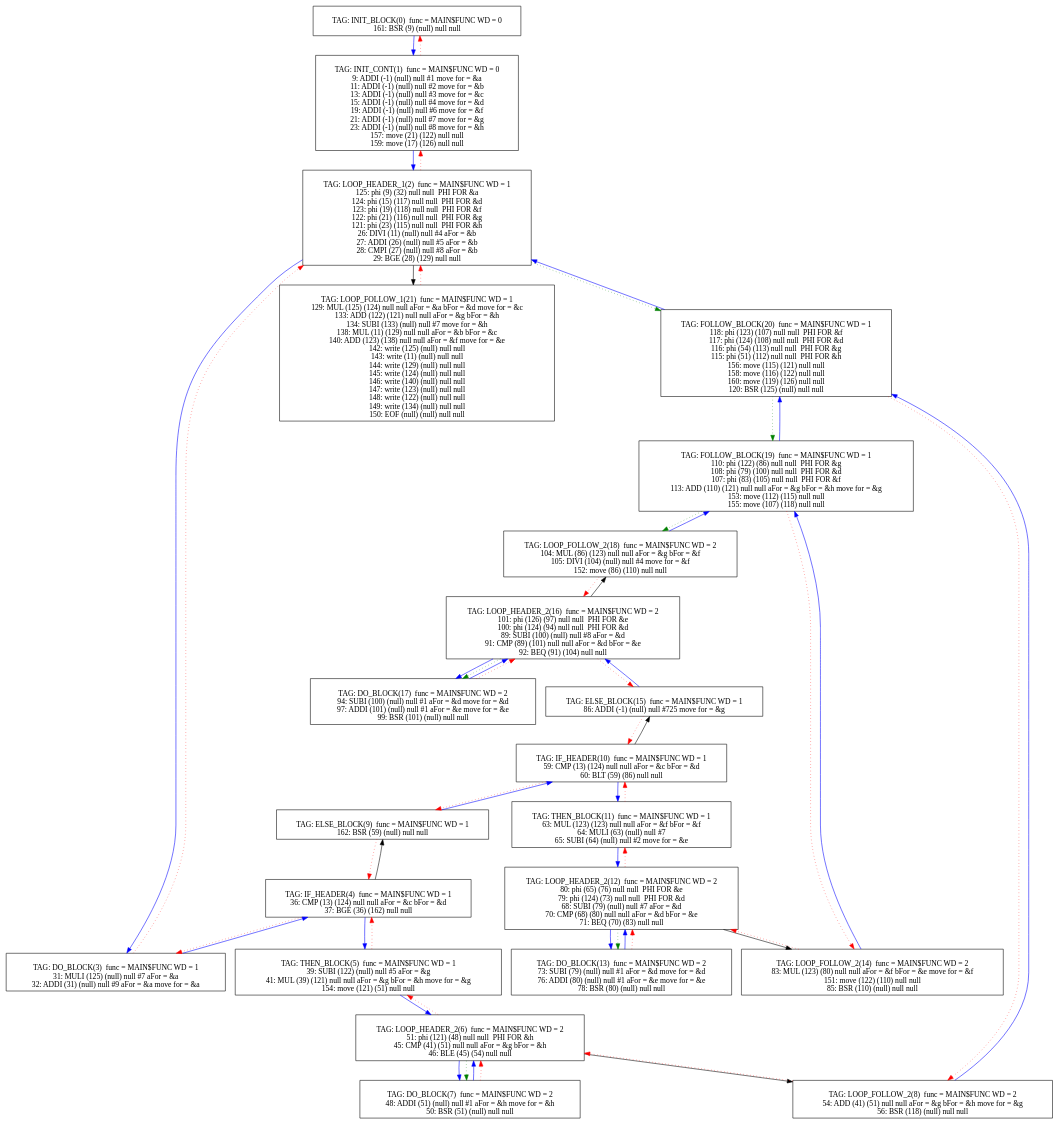
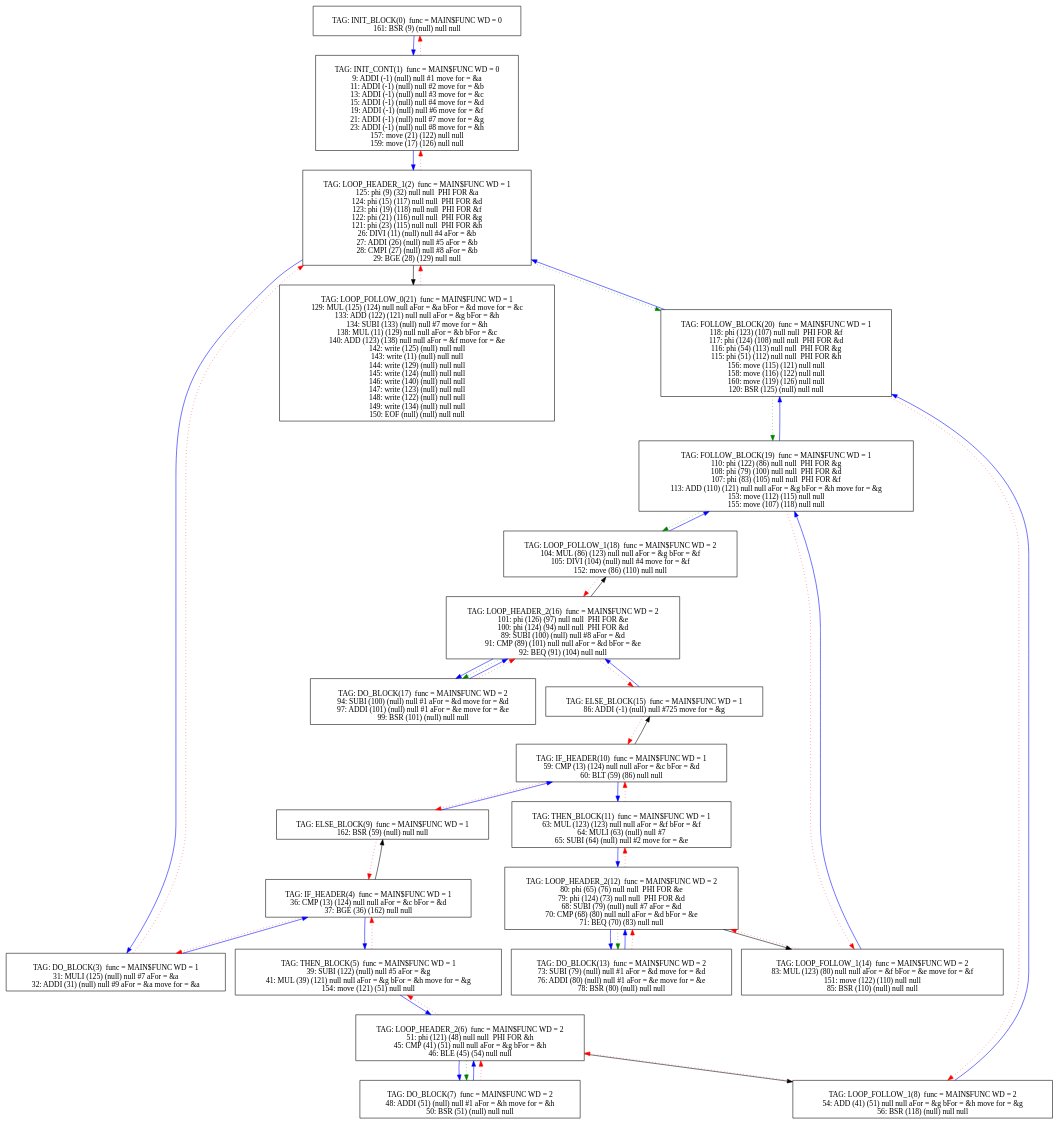
The diagram in Compiler/24graph.dot (mbajaj92/Project-Astoria), drawn with Graphviz before and after one commit. The commit also changed 85 other files, not shown here.

```diff
--- a/Compiler/24graph.dot
+++ b/Compiler/24graph.dot
@@ -83,7 +83,7 @@
 7 -> 6[color=blue]
 7 -> 6[color=red][style=dotted]
 8[label="
-TAG: LOOP_FOLLOW_2(8)  func = MAIN$FUNC WD = 2
+TAG: LOOP_FOLLOW_1(8)  func = MAIN$FUNC WD = 2
 54: ADD (41) (51) null null aFor = &g bFor = &h move for = &g
 56: BSR (118) (null) null null
 "];
@@ -138,7 +138,7 @@
 13 -> 12[color=blue]
 13 -> 12[color=red][style=dotted]
 14[label="
-TAG: LOOP_FOLLOW_2(14)  func = MAIN$FUNC WD = 2
+TAG: LOOP_FOLLOW_1(14)  func = MAIN$FUNC WD = 2
 83: MUL (123) (80) null null aFor = &f bFor = &e move for = &f
 151: move (122) (110) null null
 85: BSR (110) (null) null null
@@ -176,7 +176,7 @@
 17 -> 16[color=blue]
 17 -> 16[color=red][style=dotted]
 18[label="
-TAG: LOOP_FOLLOW_2(18)  func = MAIN$FUNC WD = 2
+TAG: LOOP_FOLLOW_1(18)  func = MAIN$FUNC WD = 2
 104: MUL (86) (123) null null aFor = &g bFor = &f
 105: DIVI (104) (null) null #4 move for = &f
 152: move (86) (110) null null
@@ -213,7 +213,7 @@
 20 -> 8[color=red][style=dotted]
 20 -> 19[color=green][style=dotted]
 21[label="
-TAG: LOOP_FOLLOW_1(21)  func = MAIN$FUNC WD = 1
+TAG: LOOP_FOLLOW_0(21)  func = MAIN$FUNC WD = 1
 129: MUL (125) (124) null null aFor = &a bFor = &d move for = &c
 133: ADD (122) (121) null null aFor = &g bFor = &h
 134: SUBI (133) (null) null #7 move for = &h
```
